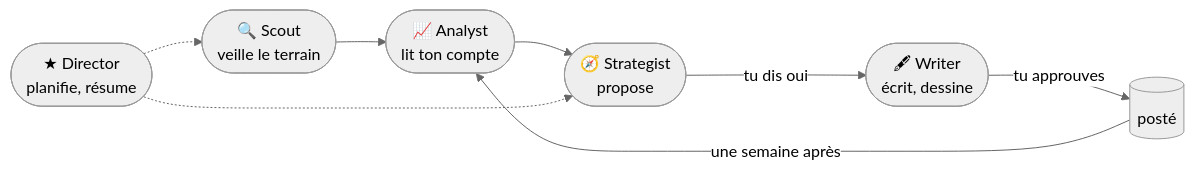
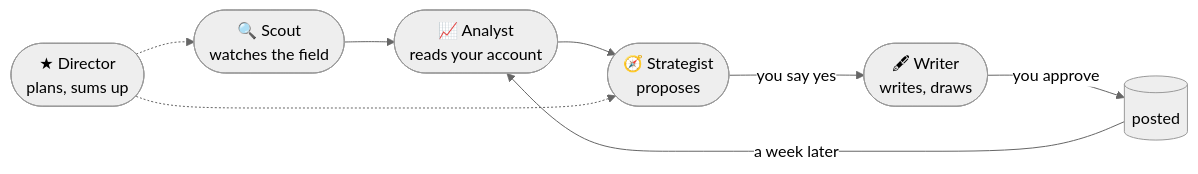
The diagram in README.md (Quentintnrl/meta_hackaton), drawn with Mermaid (neutral theme) before and after one commit. The commit also changed other lines of this file and 2 other files, not shown here.

````diff
--- a/README.md
+++ b/README.md
@@ -23,10 +25,10 @@
 ```mermaid
 flowchart LR
-  S([🔍 Scout<br/>veille le terrain]) --> A([📈 Analyst<br/>lit ton compte])
-  A --> T([🧭 Strategist<br/>propose])
-  T -- tu dis oui --> W([🖋 Writer<br/>écrit, dessine])
-  W -- tu approuves --> P[(posté)]
-  P -- une semaine après --> A
-  D([★ Director<br/>planifie, résume]) -.-> S
+  S([🔍 Scout<br/>watches the field]) --> A([📈 Analyst<br/>reads your account])
+  A --> T([🧭 Strategist<br/>proposes])
+  T -- you say yes --> W([🖋 Writer<br/>writes, draws])
+  W -- you approve --> P[(posted)]
+  P -- a week later --> A
+  D([★ Director<br/>plans, sums up]) -.-> S
   D -.-> T
 ```
````
